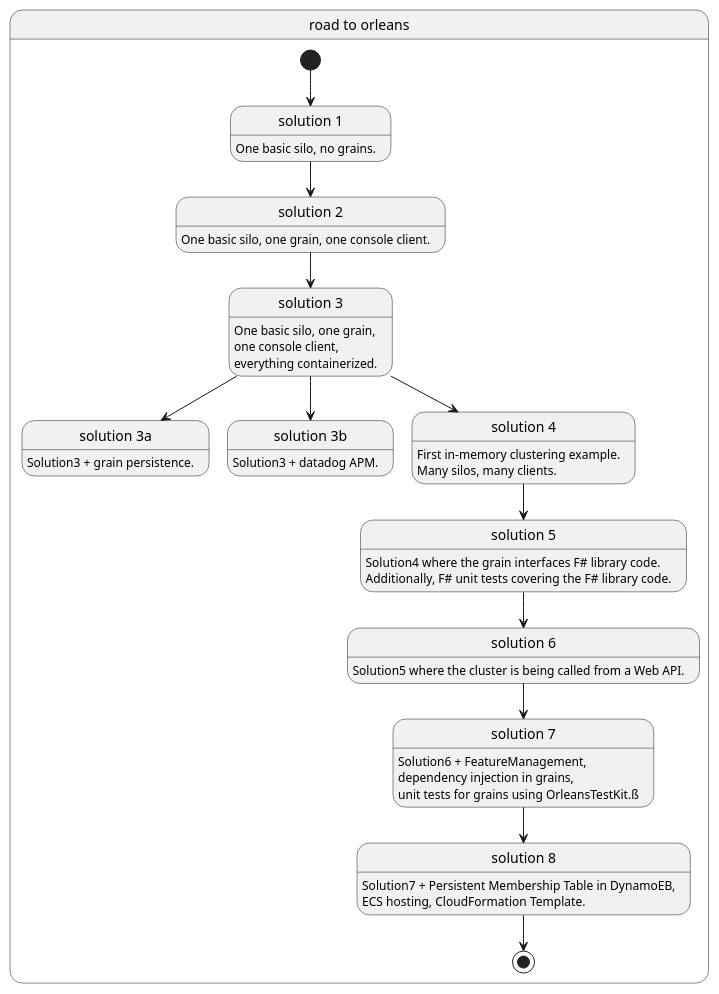
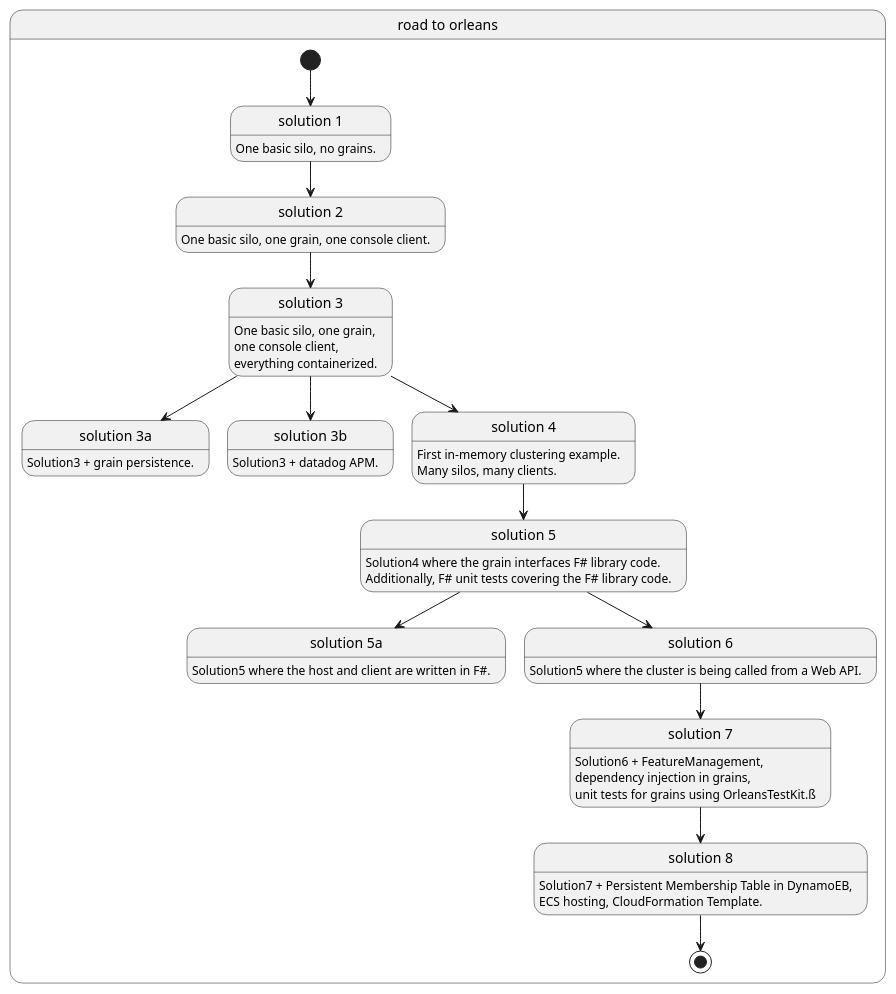
The diagram in solutions.puml (PiotrJustyna/road-to-orleans), drawn with PlantUML before and after one commit. The commit also changed 3 other files, not shown here.

```diff
--- a/solutions.puml
+++ b/solutions.puml
@@ -1,63 +1,68 @@
 @startuml
 hide empty description
   state "road to orleans" as PhaseA{
     state "solution 1" as Solution1{
       Solution1 : One basic silo, no grains.
     }
 
     state "solution 2" as Solution2{
       Solution2 : One basic silo, one grain, one console client.
     }
 
     state "solution 3" as Solution3{
       Solution3 : One basic silo, one grain,
       Solution3 : one console client,
       Solution3 : everything containerized.
     }
 
     state "solution 3a" as Solution3a{
       Solution3a : Solution3 + grain persistence.
     }
 
     state "solution 3b" as Solution3b{
       Solution3b : Solution3 + datadog APM.
     }
 
     state "solution 4" as Solution4{
       Solution4 : First in-memory clustering example.
       Solution4 : Many silos, many clients.
     }
 
     state "solution 5" as Solution5{
       Solution5 : Solution4 where the grain interfaces F# library code.
       Solution5 : Additionally, F# unit tests covering the F# library code.
     }
 
+    state "solution 5a" as Solution5a{
+      Solution5a : Solution5 where the host and client are written in F#.
+    }
+
     state "solution 6" as Solution6{
       Solution6 : Solution5 where the cluster is being called from a Web API.
     }
 
     state "solution 7" as Solution7{
       Solution7 : Solution6 + FeatureManagement,
       Solution7 : dependency injection in grains,
       Solution7 : unit tests for grains using OrleansTestKit.ß
     }
 
     state "solution 8" as Solution8{
       Solution8 : Solution7 + Persistent Membership Table in DynamoEB,
       Solution8 : ECS hosting, CloudFormation Template.
     }
 
     [*] --> Solution1
     Solution1 --> Solution2
     Solution2 --> Solution3
     Solution3 --> Solution3a
     Solution3 --> Solution3b
     Solution3 --> Solution4
     Solution4 --> Solution5
+    Solution5 --> Solution5a
     Solution5 --> Solution6
     Solution6 --> Solution7
     Solution7 --> Solution8
     Solution8 --> [*]
   }
 @enduml
```
